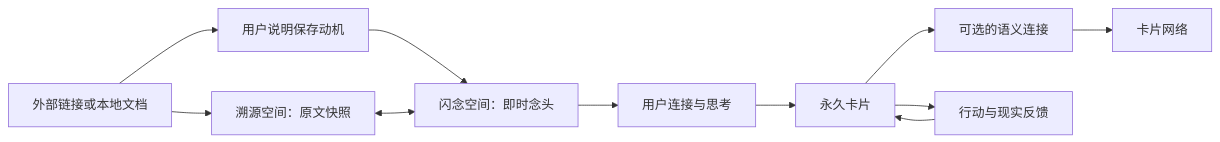
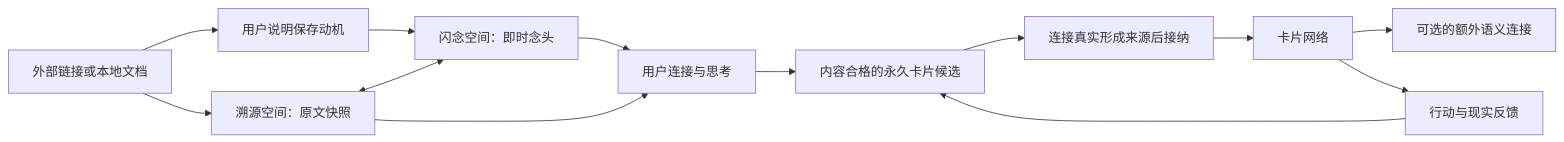
One commit to ydds123/good-idea changed the diagram in README.md. Above: the diagram before and after it, drawn with Mermaid. The commit also changed other lines of this file and 17 other files, not shown here.

````diff
--- a/README.md
+++ b/README.md
@@ -29,13 +29,15 @@
 ```mermaid
 flowchart LR
     A["外部链接或本地文档"] --> B["溯源空间：原文快照"]
     A --> C["用户说明保存动机"]
     C --> D["闪念空间：即时念头"]
     B <--> D
     D --> E["用户连接与思考"]
-    E --> F["永久卡片"]
-    F --> G["可选的语义连接"]
+    B --> E
+    E --> F["内容合格的永久卡片候选"]
+    F --> G["连接真实形成来源后接纳"]
     G --> H["卡片网络"]
-    F --> I["行动与现实反馈"]
-    I --> F
+    H --> I["可选的额外语义连接"]
+    H --> J["行动与现实反馈"]
+    J --> F
 ```
````
